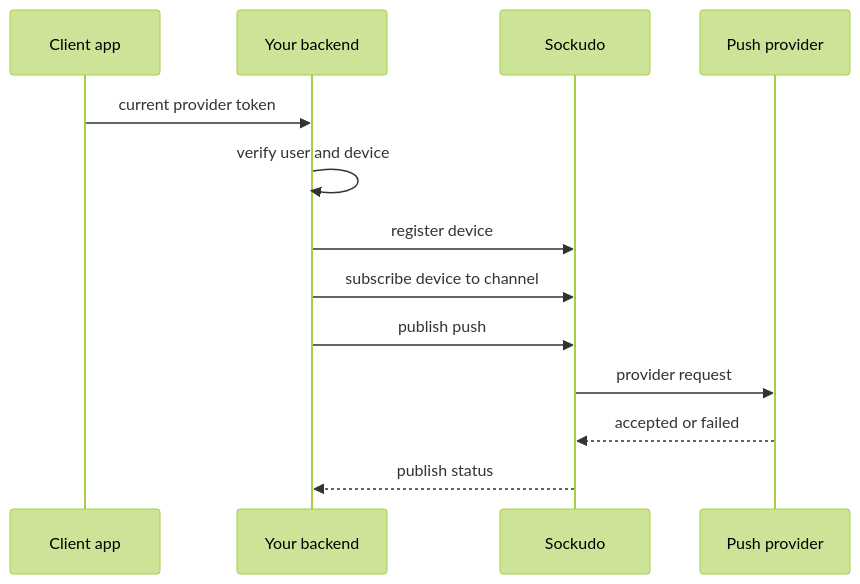
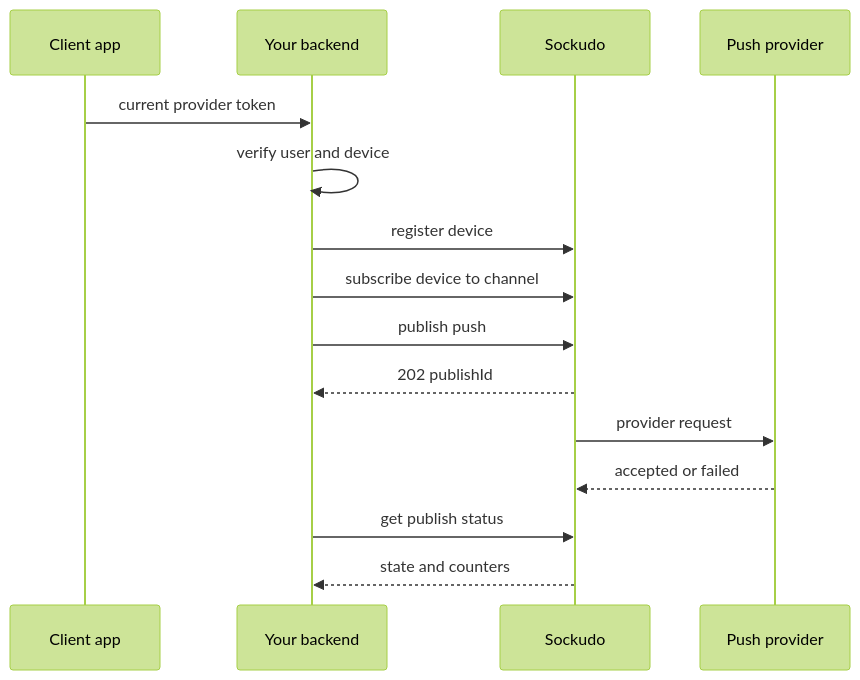
The second of 2 diagrams in docs/content/docs/server/push-notifications.mdx (sockudo/sockudo), drawn with Mermaid (forest theme) before and after one commit. The commit also changed other lines of this file and 162 other files, not shown here.

````diff
--- a/docs/content/docs/server/push-notifications.mdx
+++ b/docs/content/docs/server/push-notifications.mdx
@@ -254,16 +369,18 @@
 ```mermaid
 sequenceDiagram
   participant App as Client app
   participant API as Your backend
   participant S as Sockudo
   participant P as Push provider
 
   App->>API: current provider token
   API->>API: verify user and device
   API->>S: register device
   API->>S: subscribe device to channel
   API->>S: publish push
+  S-->>API: 202 publishId
   S->>P: provider request
   P-->>S: accepted or failed
-  S-->>API: publish status
+  API->>S: get publish status
+  S-->>API: state and counters
 ```
````
